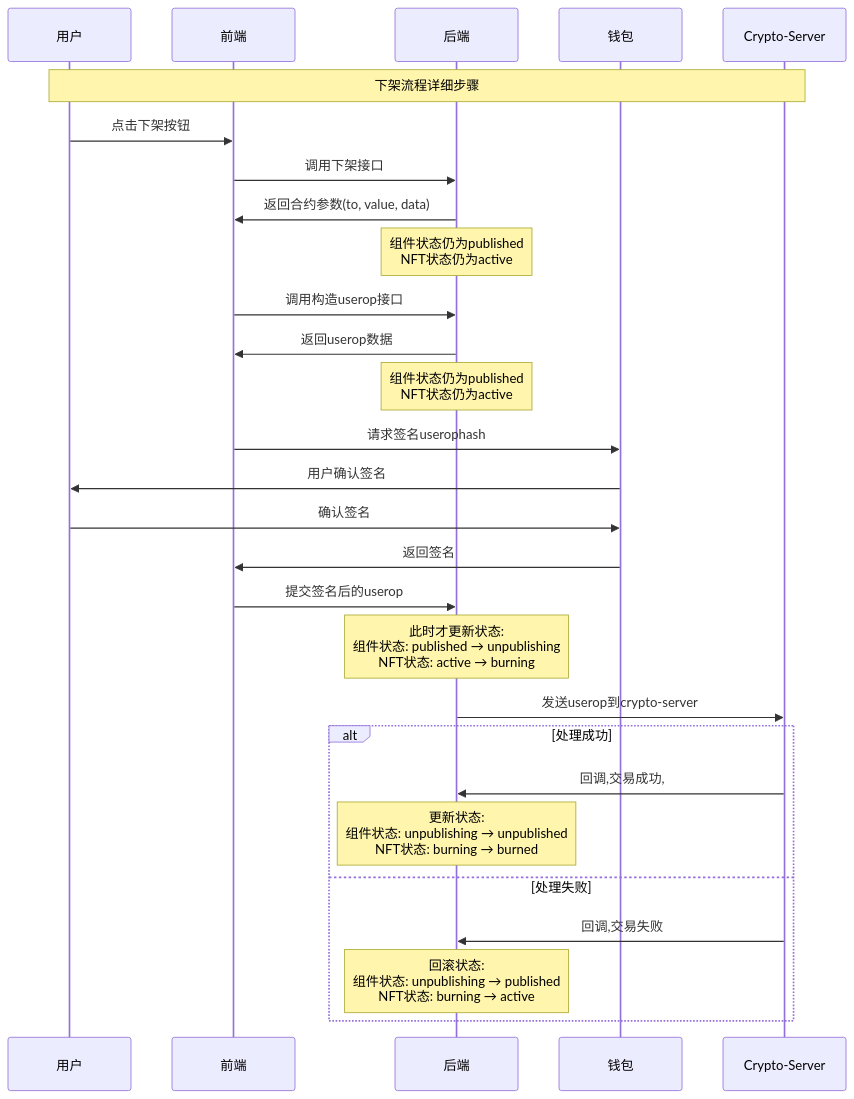
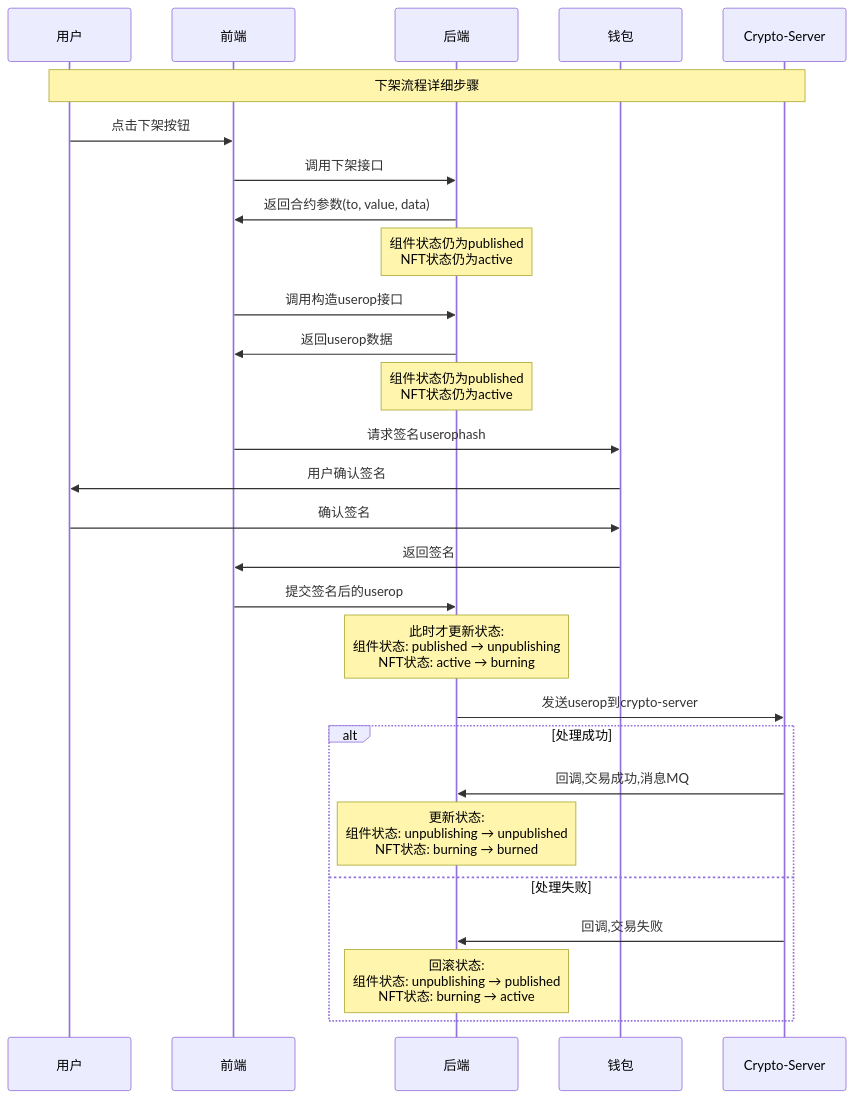
Before and after one commit to yingjianzh/iodraw-files: the diagram in all/未命名-76.md, drawn with Mermaid.

Commit message:
2025-07-08 11:21:17 update

````diff
--- a/all/未命名-76.md
+++ b/all/未命名-76.md
@@ -1,36 +1,36 @@
 ```mermaid
 sequenceDiagram
     participant User as 用户
     participant Frontend as 前端
     participant Backend as 后端
     participant Wallet as 钱包
     participant CryptoServer as Crypto-Server
     
     Note over User,CryptoServer: 下架流程详细步骤
     
     User->>Frontend: 点击下架按钮
     Frontend->>Backend: 调用下架接口
     Backend->>Frontend: 返回合约参数(to, value, data)
     Note over Backend: 组件状态仍为published<br/>NFT状态仍为active
     
     Frontend->>Backend: 调用构造userop接口
     Backend->>Frontend: 返回userop数据
     Note over Backend: 组件状态仍为published<br/>NFT状态仍为active
     
     Frontend->>Wallet: 请求签名userophash
     Wallet->>User: 用户确认签名
     User->>Wallet: 确认签名
     Wallet->>Frontend: 返回签名
     
     Frontend->>Backend: 提交签名后的userop
     Note over Backend: 此时才更新状态:<br/>组件状态: published → unpublishing<br/>NFT状态: active → burning
     Backend->>CryptoServer: 发送userop到crypto-server
     
     alt 处理成功
-        CryptoServer->>Backend: 回调,交易成功,
+        CryptoServer->>Backend: 回调,交易成功,消息MQ
         Note over Backend: 更新状态:<br/>组件状态: unpublishing → unpublished<br/>NFT状态: burning → burned
     else 处理失败
         CryptoServer->>Backend: 回调,交易失败
         Note over Backend: 回滚状态:<br/>组件状态: unpublishing → published<br/>NFT状态: burning → active
     end
 ```
````
